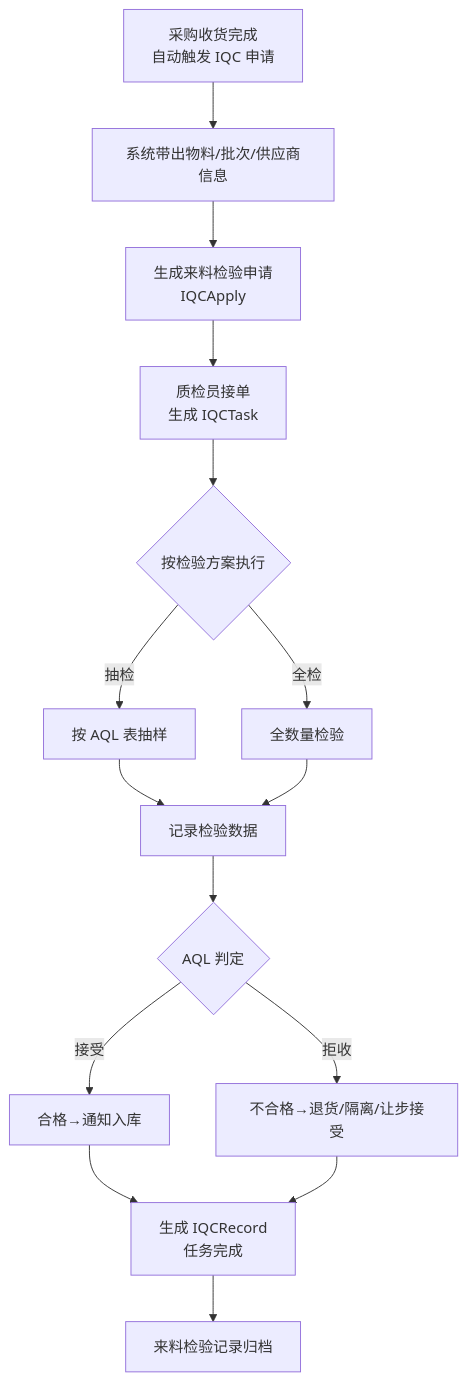
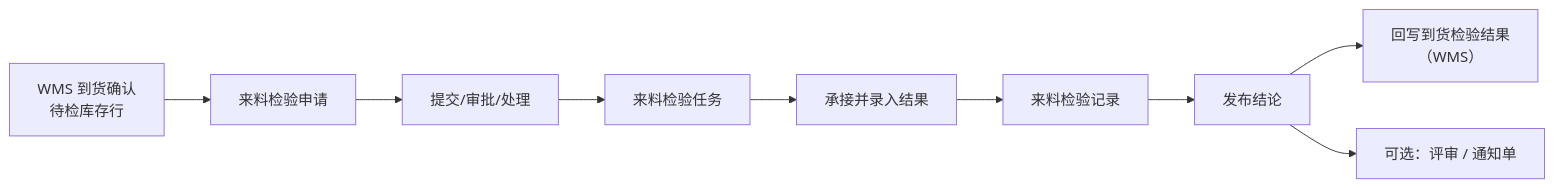
Before and after one commit to jiargcn/MomProductDocument: the diagram in docs/07-QMS-质量管理/02-来料检验/index.md, drawn with Mermaid. The commit also changed other lines of this file and 19 other files, not shown here.

````diff
--- a/docs/07-QMS-质量管理/02-来料检验/index.md
+++ b/docs/07-QMS-质量管理/02-来料检验/index.md
@@ -100,17 +34,11 @@
 ```mermaid
-flowchart TD
-    A["采购收货完成<br/>自动触发 IQC 申请"] --> B["系统带出物料/批次/供应商信息"]
-    B --> C["生成来料检验申请<br/>IQCApply"]
-    C --> D["质检员接单<br/>生成 IQCTask"]
-    D --> E{"按检验方案执行"}
-    E -->|抽检| F["按 AQL 表抽样"]
-    E -->|全检| G["全数量检验"]
-    F --> H["记录检验数据"]
-    G --> H
-    H --> I{"AQL 判定"}
-    I -->|接受| J["合格→通知入库"]
-    I -->|拒收| K["不合格→退货/隔离/让步接受"]
-    J --> L["生成 IQCRecord<br/>任务完成"]
-    K --> L
-    L --> M["来料检验记录归档"]
+flowchart LR
+    A["WMS 到货确认\n待检库存行"] --> B["来料检验申请"]
+    B --> C["提交/审批/处理"]
+    C --> D["来料检验任务"]
+    D --> E["承接并录入结果"]
+    E --> F["来料检验记录"]
+    F --> G["发布结论"]
+    G --> H["回写到货检验结果\n（WMS）"]
+    G --> I["可选：评审 / 通知单"]
 ```
````
